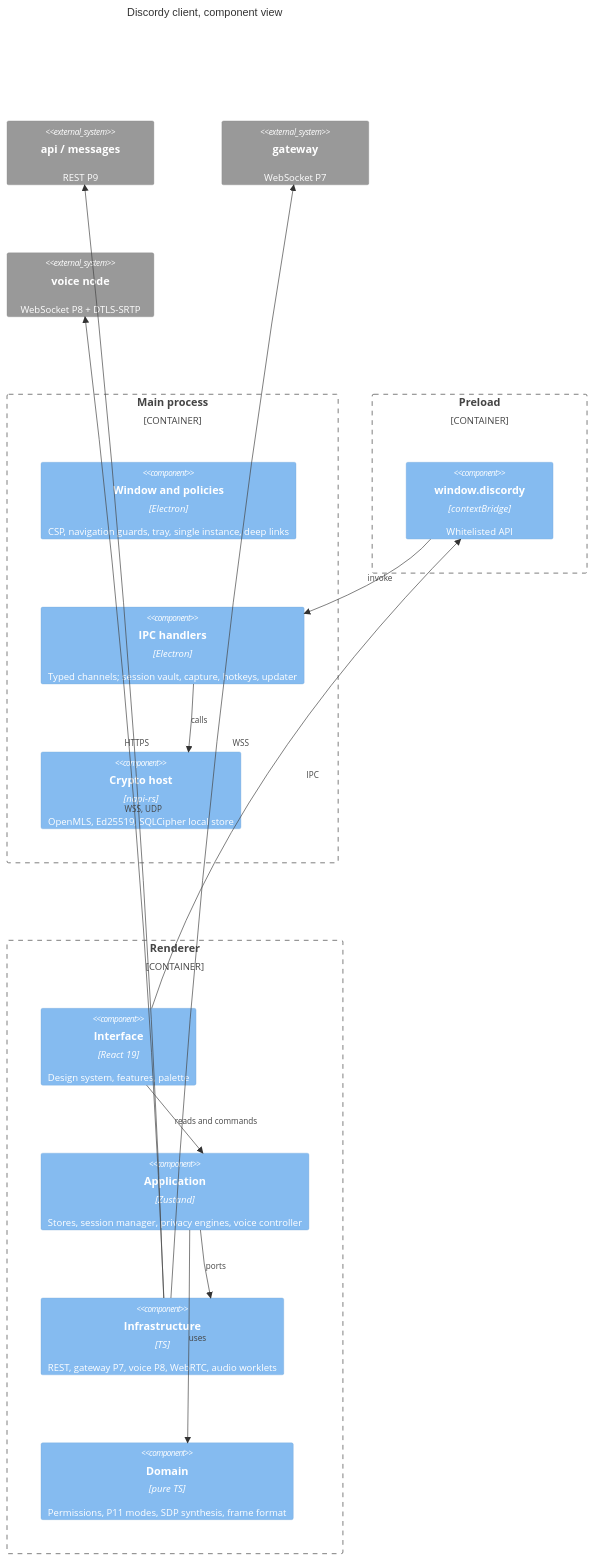
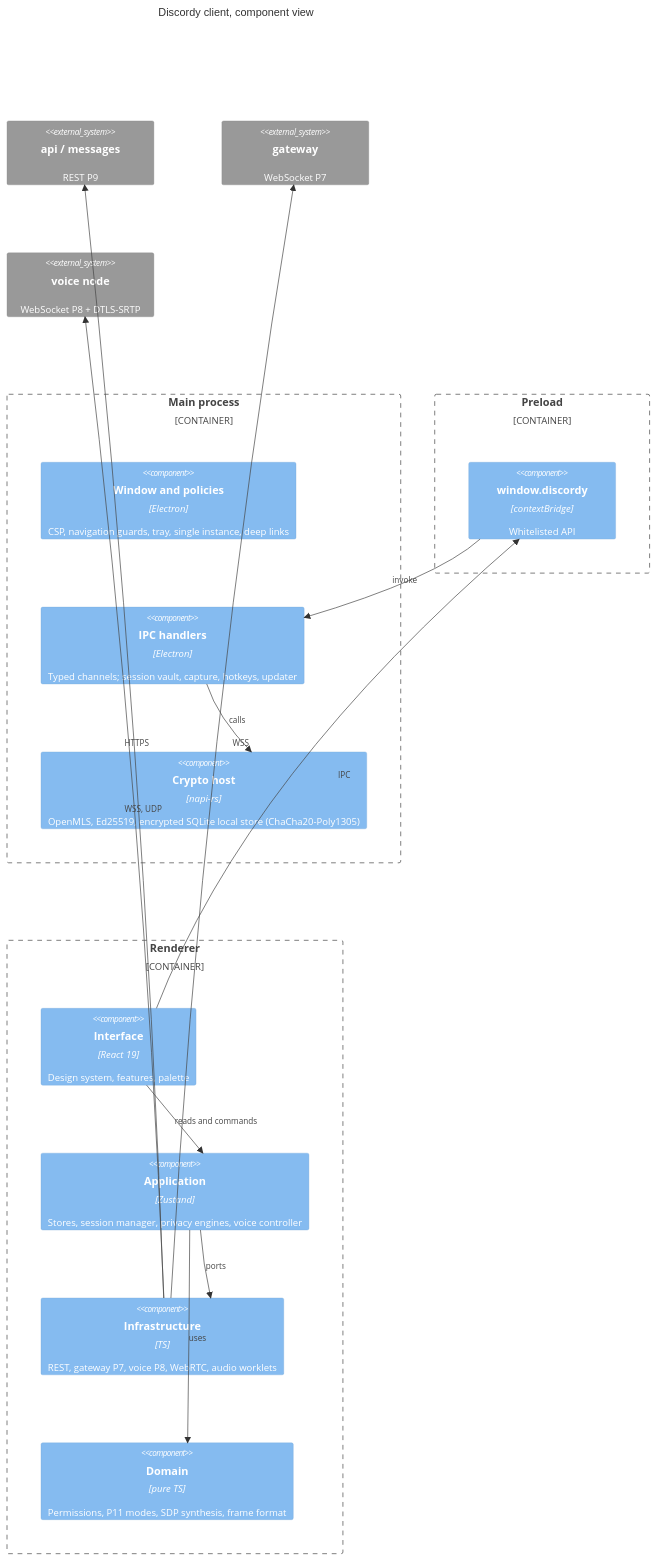
One commit to voics-app/client changed the diagram in ARCHITECTURE.md. Above: the diagram before and after it, drawn with Mermaid. The commit also changed other lines of this file and 14 other files, not shown here.

First line of the commit message:
feat(crypto): drop OpenSSL/SQLCipher for plain SQLite with ChaCha20-Poly1305 payload encryption

````diff
--- a/ARCHITECTURE.md
+++ b/ARCHITECTURE.md
@@ -5,30 +5,30 @@
 ```mermaid
 C4Component
   title Discordy client, component view
   Container_Boundary(main, "Main process") {
     Component(shell, "Window and policies", "Electron", "CSP, navigation guards, tray, single instance, deep links")
     Component(ipc, "IPC handlers", "Electron", "Typed channels; session vault, capture, hotkeys, updater")
-    Component(crypto, "Crypto host", "napi-rs", "OpenMLS, Ed25519, SQLCipher local store")
+    Component(crypto, "Crypto host", "napi-rs", "OpenMLS, Ed25519, encrypted SQLite local store (ChaCha20-Poly1305)")
   }
   Container_Boundary(preload, "Preload") {
     Component(bridge, "window.discordy", "contextBridge", "Whitelisted API")
   }
   Container_Boundary(renderer, "Renderer") {
     Component(ui, "Interface", "React 19", "Design system, features, palette")
     Component(app, "Application", "Zustand", "Stores, session manager, privacy engines, voice controller")
     Component(infra, "Infrastructure", "TS", "REST, gateway P7, voice P8, WebRTC, audio worklets")
     Component(domain, "Domain", "pure TS", "Permissions, P11 modes, SDP synthesis, frame format")
   }
   System_Ext(api, "api / messages", "REST P9")
   System_Ext(gw, "gateway", "WebSocket P7")
   System_Ext(voice, "voice node", "WebSocket P8 + DTLS-SRTP")
   Rel(ui, app, "reads and commands")
   Rel(app, infra, "ports")
   Rel(app, domain, "uses")
   Rel(infra, api, "HTTPS")
   Rel(infra, gw, "WSS")
   Rel(infra, voice, "WSS, UDP")
   Rel(ui, bridge, "IPC")
   Rel(bridge, ipc, "invoke")
   Rel(ipc, crypto, "calls")
 ```
````
